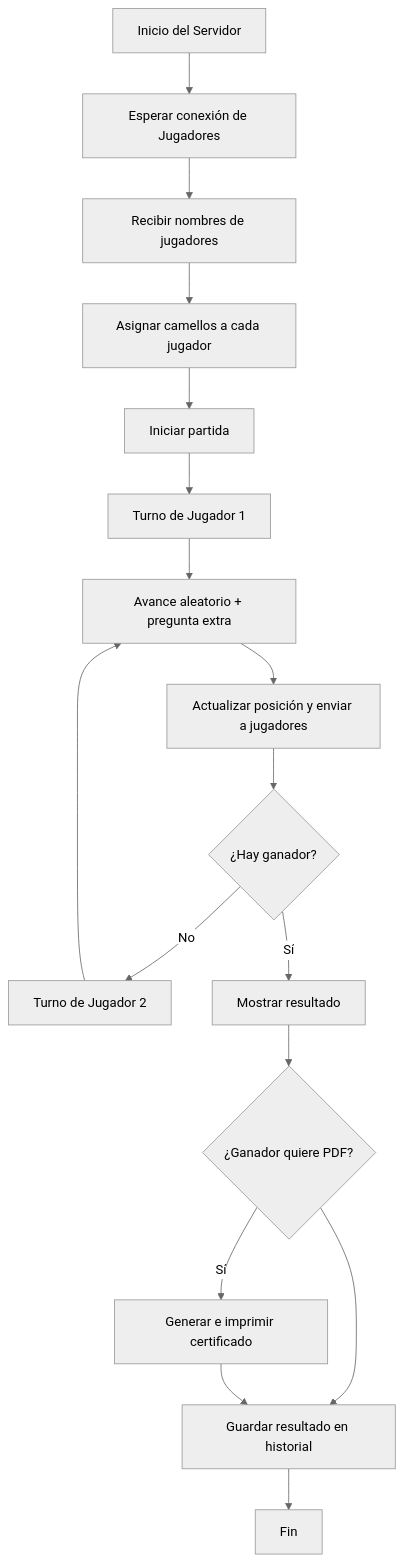
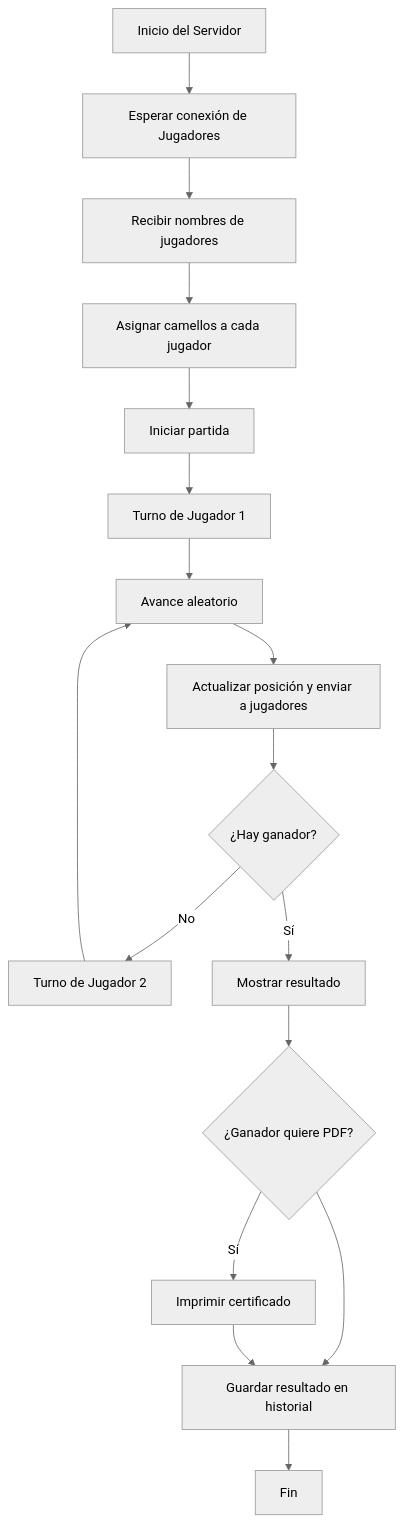
One commit to Saykek/AppCamellos changed the diagram in carreracamellos/documentacion/markdown/Documentación.md. Above: the diagram before and after it, drawn with Mermaid (neutral theme). The commit also changed other lines of this file and 16 other files, not shown here.

````diff
--- a/carreracamellos/documentacion/markdown/Documentación.md
+++ b/carreracamellos/documentacion/markdown/Documentación.md
@@ -66,20 +69,20 @@
 ```mermaid
 flowchart TD
     A[Inicio del Servidor] --> B[Esperar conexión de Jugadores]
     B --> C[Recibir nombres de jugadores]
     C --> D[Asignar camellos a cada jugador]
     D --> E[Iniciar partida]
     E --> F[Turno de Jugador 1]
-    F --> G[Avance aleatorio + pregunta extra]
+    F --> G[Avance aleatorio]
     G --> H[Actualizar posición y enviar a jugadores]
     H --> I{¿Hay ganador?}
     I -- No --> J[Turno de Jugador 2]
     J --> G
     I -- Sí --> K[Mostrar resultado]
     K --> L{¿Ganador quiere PDF?}
-    L -- Sí --> M[Generar e imprimir certificado]
+    L -- Sí --> M[Imprimir certificado]
     L --> N[Guardar resultado en historial]
     M --> N
     N --> O[Fin]
 
 ```
````
